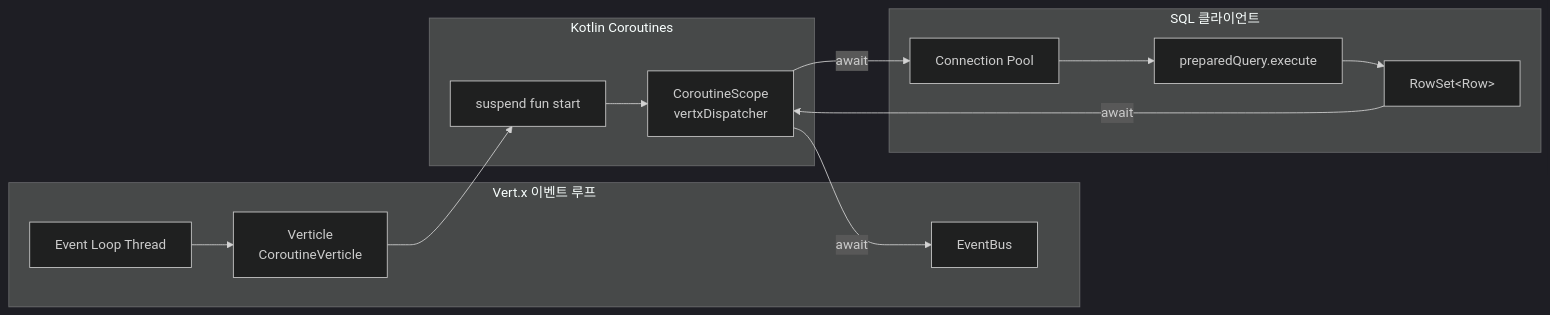
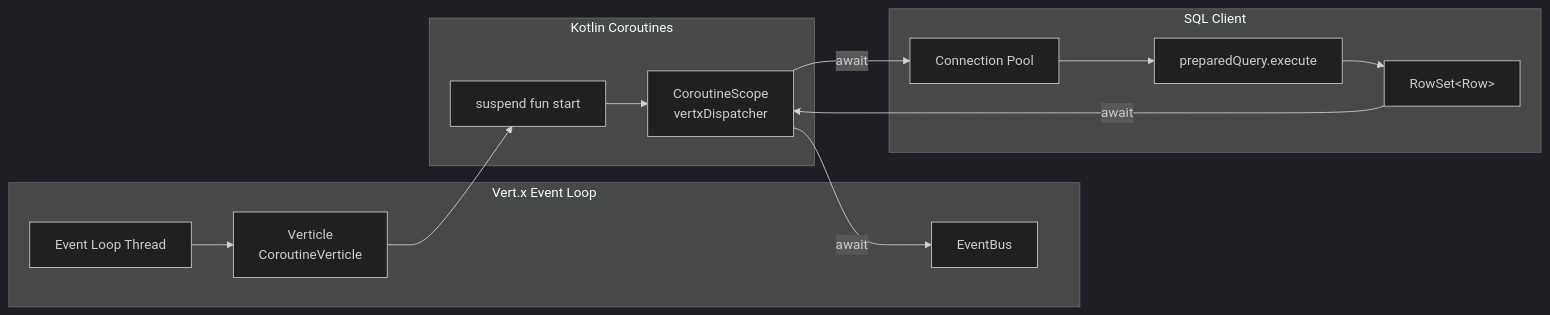
The second of 4 diagrams in io/vertx/README.md (bluetape4k/bluetape4k-projects), drawn with Mermaid (dark theme) before and after one commit. The commit also changed other lines of this file and 265 other files, not shown here.

````diff
--- a/io/vertx/README.md
+++ b/io/vertx/README.md
@@ -94,27 +96,27 @@
 ```mermaid
 flowchart LR
-    subgraph 이벤트 루프["Vert.x 이벤트 루프"]
+    subgraph EventLoop["Vert.x Event Loop"]
         EL[Event Loop Thread]
         EB[EventBus]
         VER[Verticle<br/>CoroutineVerticle]
     end
 
     subgraph Coroutines["Kotlin Coroutines"]
         SC[suspend fun start]
         COR[CoroutineScope<br/>vertxDispatcher]
     end
 
-    subgraph SQL_Client["SQL 클라이언트"]
+    subgraph SQL_Client["SQL Client"]
         POOL[Connection Pool]
         QUERY[preparedQuery.execute]
         RS["RowSet&lt;Row&gt;"]
     end
 
     EL --> VER
     VER --> SC
     SC --> COR
     COR -->|await| EB
     COR -->|await| POOL
     POOL --> QUERY --> RS
     RS -->|await| COR
 ```
````
